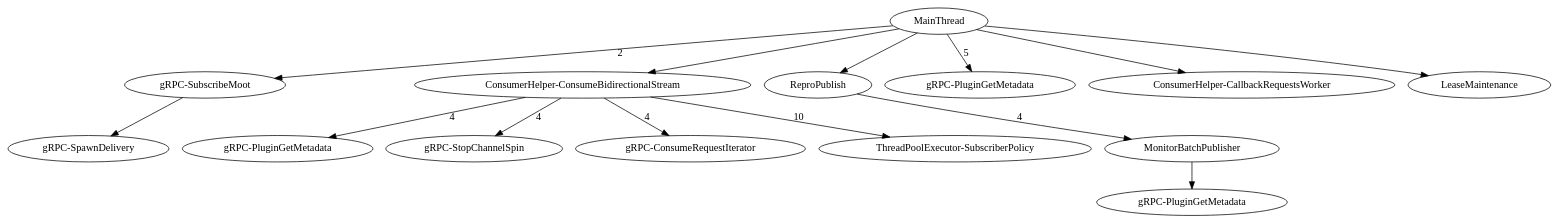
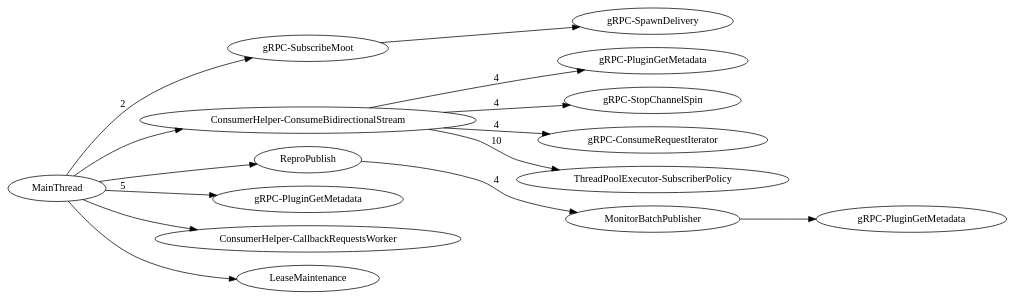
The diagram in cpu-spike/0.29.2.dot (dhermes/google-cloud-pubsub-performance), drawn with Graphviz before and after one commit. The commit also changed 20 other files, not shown here.

Commit message:
Making SVG / dot graphs left to right.

```diff
--- a/cpu-spike/0.29.2.dot
+++ b/cpu-spike/0.29.2.dot
@@ -1,66 +1,67 @@
 digraph G {
+rankdir=LR;
 subgraph  {
 subgraph  {
 }
 
 "Thread-gRPC-SubscribeMoot" -> "Thread-gRPC-SpawnDelivery";
 }
 
 subgraph  {
 }
 
 subgraph  {
 }
 
 subgraph  {
 subgraph  {
 }
 
 subgraph  {
 }
 
 subgraph  {
 }
 
 subgraph  {
 }
 
 "Thread-ConsumerHelper-ConsumeBidirectionalStream" -> "Thread-gRPC-PluginGetMetadata++"  [label=4];
 "Thread-ConsumerHelper-ConsumeBidirectionalStream" -> "Thread-gRPC-StopChannelSpin"  [label=4];
 "Thread-ConsumerHelper-ConsumeBidirectionalStream" -> "Thread-gRPC-ConsumeRequestIterator"  [label=4];
 "Thread-ConsumerHelper-ConsumeBidirectionalStream" -> "ThreadPoolExecutor-SubscriberPolicy"  [label=10];
 }
 
 subgraph  {
 }
 
 subgraph  {
 subgraph  {
 subgraph  {
 }
 
 "Thread-MonitorBatchPublisher" -> "Thread-gRPC-PluginGetMetadata+++";
 }
 
 "Thread-ReproPublish" -> "Thread-MonitorBatchPublisher"  [label=4];
 }
 
 MainThread -> "Thread-gRPC-SubscribeMoot"  [label=2];
 MainThread -> "Thread-gRPC-PluginGetMetadata"  [label=5];
 MainThread -> "Thread-ConsumerHelper-CallbackRequestsWorker";
 MainThread -> "Thread-ConsumerHelper-ConsumeBidirectionalStream";
 MainThread -> "Thread-LeaseMaintenance";
 MainThread -> "Thread-ReproPublish";
+"Thread-gRPC-SubscribeMoot" [label="gRPC-SubscribeMoot"];
+"Thread-gRPC-PluginGetMetadata+++" [label="gRPC-PluginGetMetadata"];
 "Thread-gRPC-SpawnDelivery" [label="gRPC-SpawnDelivery"];
 "Thread-LeaseMaintenance" [label=LeaseMaintenance];
-"Thread-gRPC-PluginGetMetadata+++" [label="gRPC-PluginGetMetadata"];
-"Thread-gRPC-ConsumeRequestIterator" [label="gRPC-ConsumeRequestIterator"];
-"Thread-MonitorBatchPublisher" [label=MonitorBatchPublisher];
+"Thread-ReproPublish" [label=ReproPublish];
 "Thread-gRPC-PluginGetMetadata++" [label="gRPC-PluginGetMetadata"];
-"Thread-gRPC-SubscribeMoot" [label="gRPC-SubscribeMoot"];
-"Thread-ReproPublish" [label=ReproPublish];
+"Thread-gRPC-StopChannelSpin" [label="gRPC-StopChannelSpin"];
 "Thread-ConsumerHelper-CallbackRequestsWorker" [label="ConsumerHelper-CallbackRequestsWorker"];
 "Thread-gRPC-PluginGetMetadata" [label="gRPC-PluginGetMetadata"];
-"Thread-gRPC-StopChannelSpin" [label="gRPC-StopChannelSpin"];
+"Thread-MonitorBatchPublisher" [label=MonitorBatchPublisher];
+"Thread-gRPC-ConsumeRequestIterator" [label="gRPC-ConsumeRequestIterator"];
 "Thread-ConsumerHelper-ConsumeBidirectionalStream" [label="ConsumerHelper-ConsumeBidirectionalStream"];
 }
```
